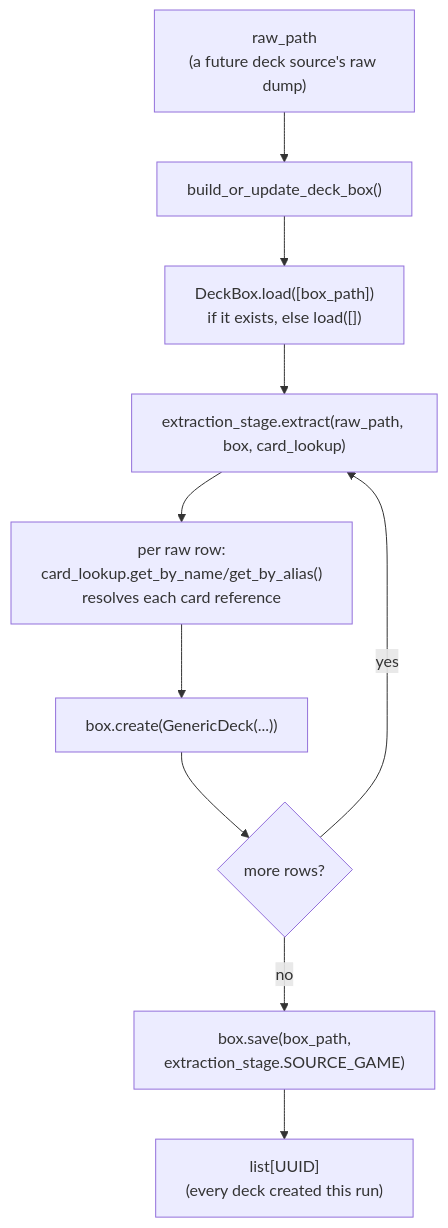
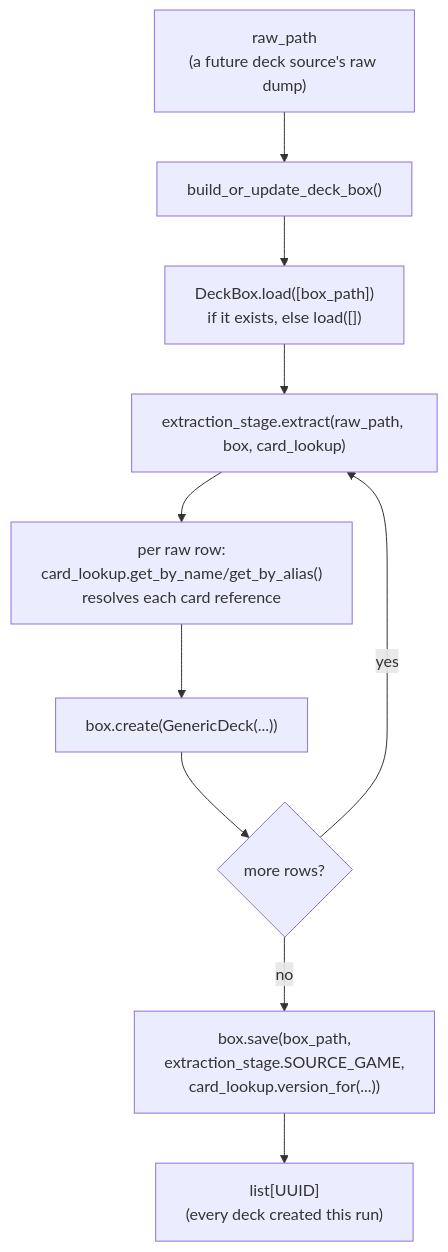
One commit to toon-leader-bacon/TradingCardGameEmbeddings changed the diagram in src/data_refinement/deck_box/README.md. Above: the diagram before and after it, drawn with Mermaid. The commit also changed other lines of this file and 154 other files, not shown here.

````diff
--- a/src/data_refinement/deck_box/README.md
+++ b/src/data_refinement/deck_box/README.md
@@ -231,12 +251,12 @@
 ```mermaid
 flowchart TD
     A["raw_path\n(a future deck source's raw dump)"] --> B["build_or_update_deck_box()"]
     B --> C["DeckBox.load([box_path])\nif it exists, else load([])"]
     C --> D["extraction_stage.extract(raw_path, box, card_lookup)"]
     D --> E["per raw row:\ncard_lookup.get_by_name/get_by_alias()\nresolves each card reference"]
     E --> F["box.create(GenericDeck(...))"]
     F --> G{"more rows?"}
     G -- yes --> D
-    G -- no --> H["box.save(box_path,\nextraction_stage.SOURCE_GAME)"]
+    G -- no --> H["box.save(box_path,\nextraction_stage.SOURCE_GAME,\ncard_lookup.version_for(...))"]
     H --> I["list[UUID]\n(every deck created this run)"]
 ```
````
